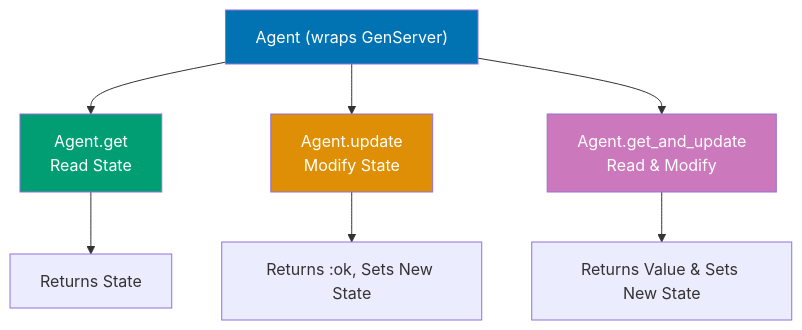
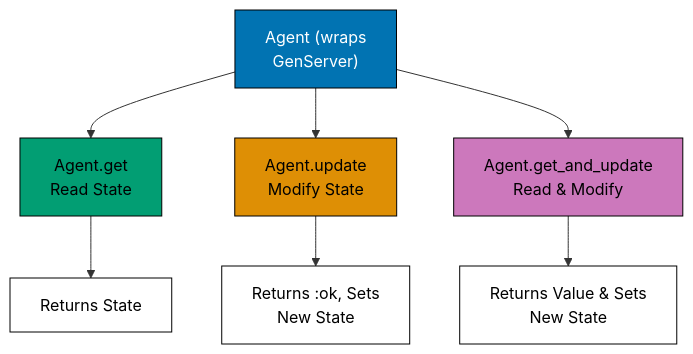
Before and after one commit to wahidyankf/ose-public: diagram 16 of 24 in apps/ayokoding-www/content/en/learn/legacy/software-engineering/programming-languages/elixir/by-example/advanced.md, drawn with Mermaid. The commit also changed other lines of this file and 112 other files, not shown here.

First line of the commit message:
fix(mermaid): bring the legacy programming-languages diagrams onto the accessible palette

````diff
--- a/apps/ayokoding-www/content/en/learn/legacy/software-engineering/programming-languages/elixir/by-example/advanced.md
+++ b/apps/ayokoding-www/content/en/learn/legacy/software-engineering/programming-languages/elixir/by-example/advanced.md
@@ -3172,16 +3274,23 @@
 ```mermaid
 %% Color Palette: Blue #0173B2, Orange #DE8F05, Teal #029E73, Purple #CC78BC, Brown #CA9161
 graph TD
-    Agent["Agent (wraps GenServer)"] --> Get["Agent.get<br/>Read State"]
+    accTitle: Example 77: Agent for Simple State
+    accDescr: Graph with 9 nodes and 8 connections. Nodes: Agent (wraps GenServer), Agent.get Read State, Agent.update Modify State, GetAndUpdate, Modify, Returns State, Returns :ok, Sets New State, Both, Sets. Connections: Agent (wraps GenServer) to Agent.get Read State, Agent (wraps GenServer) to Agent.update Modify State, Agent (wraps GenServer) to GetAndUpdate, Agent (wraps GenServer) to Modify, Agent.get Read State to Returns State, Agent.update Modify State to Returns :ok, Sets New State, GetAndUpdate to Both, GetAndUpdate to Sets.
+    Agent["Agent (wraps<br/>GenServer)"] --> Get["Agent.get<br/>Read State"]
     Agent --> Update["Agent.update<br/>Modify State"]
     Agent --> GetAndUpdate["Agent.get_and_update<br/>Read & Modify"]
 
     Get --> Return["Returns State"]
-    Update --> NewState["Returns :ok, Sets New State"]
-    GetAndUpdate --> Both["Returns Value & Sets New State"]
+    Update --> NewState["Returns :ok, Sets<br/>New State"]
+    GetAndUpdate --> Both["Returns Value & Sets<br/>New State"]
 
-    style Agent fill:#0173B2,color:#fff
-    style Get fill:#029E73,color:#fff
-    style Update fill:#DE8F05,color:#fff
-    style GetAndUpdate fill:#CC78BC,color:#fff
+    classDef pal-0173B2 fill:#0173B2,stroke:#000000,color:#FFFFFF
+    class Agent pal-0173B2
+    classDef pal-029E73 fill:#029E73,stroke:#000000,color:#000000
+    class Get pal-029E73
+    classDef pal-DE8F05 fill:#DE8F05,stroke:#000000,color:#000000
+    class Update pal-DE8F05
+    classDef pal-CC78BC fill:#CC78BC,stroke:#000000,color:#000000
+    class GetAndUpdate pal-CC78BC
+    classDef default fill:#FFFFFF,stroke:#000000,color:#000000
 ```
````
